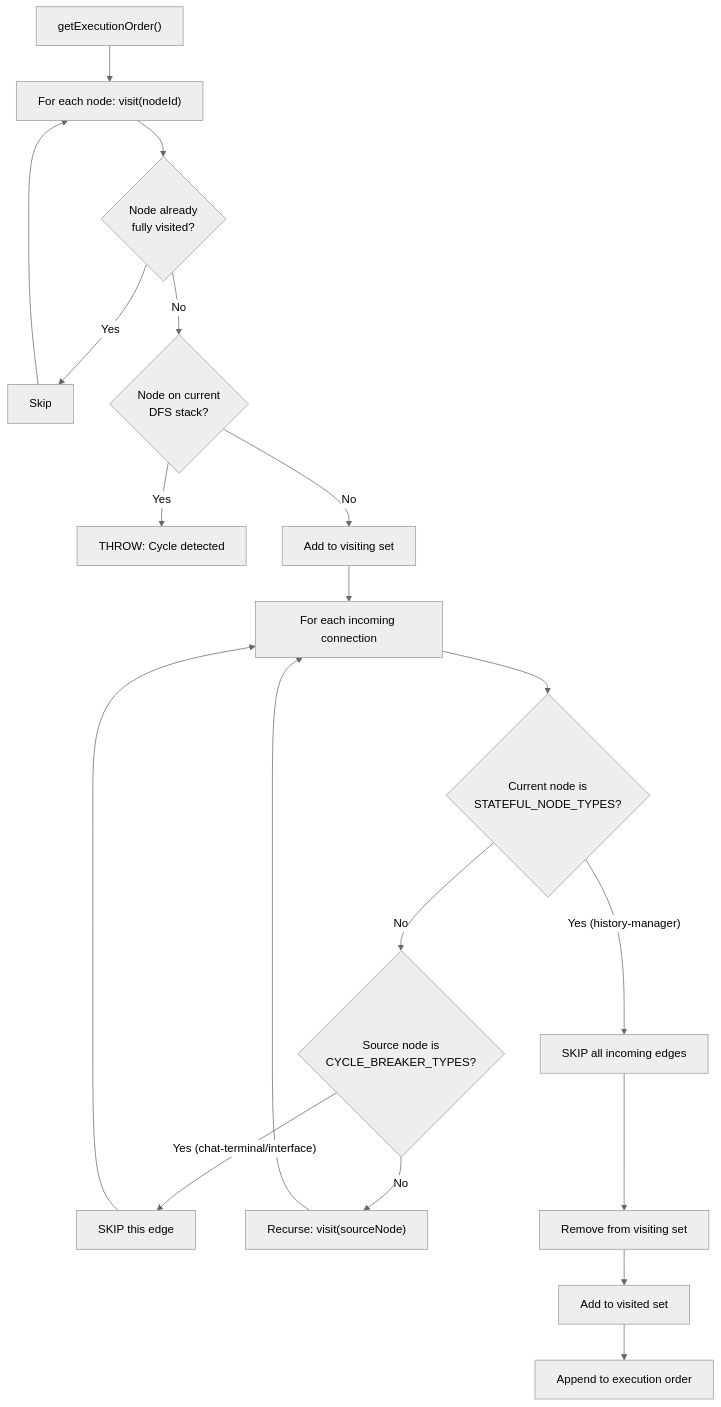
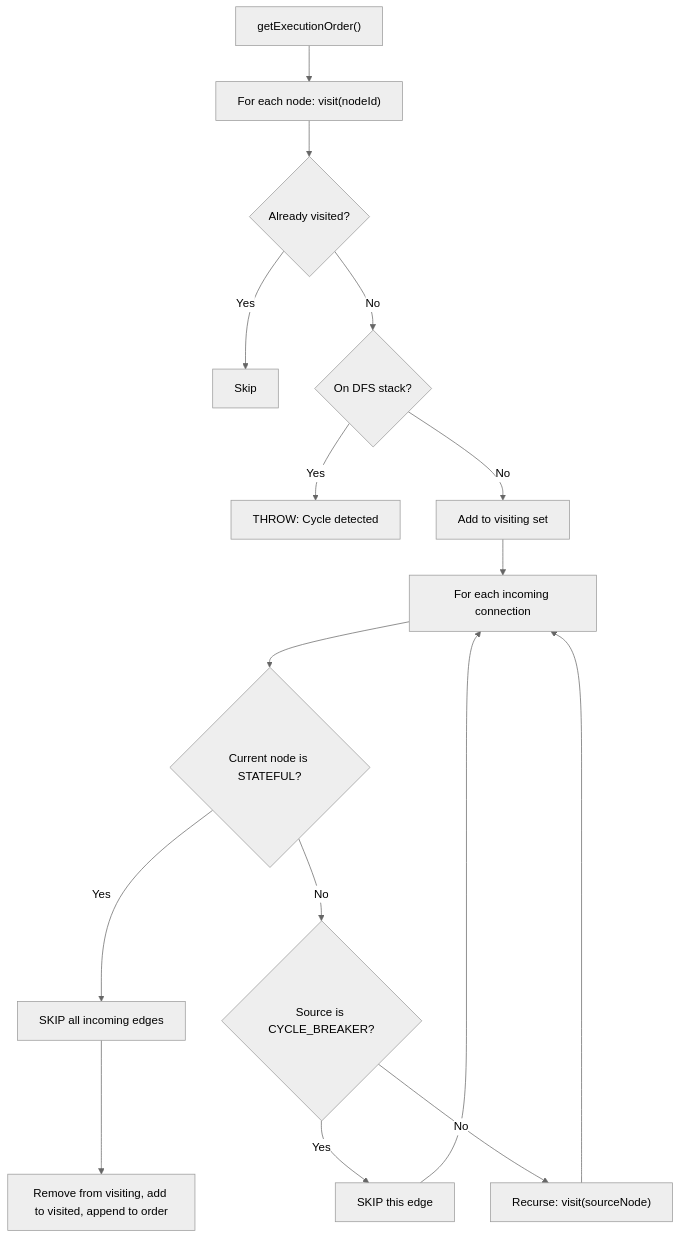
One commit to vksepm/ai-flow-visualizer-html changed the second of 3 diagrams in DOCUMENTATION.md. Above: the diagram before and after it, drawn with Mermaid (neutral theme). The commit also changed other lines of this file and 19 other files, not shown here.

````diff
--- a/DOCUMENTATION.md
+++ b/DOCUMENTATION.md
@@ -719,21 +519,18 @@
 ```mermaid
 flowchart TD
     A["getExecutionOrder()"] --> B["For each node: visit(nodeId)"]
-    B --> C{Node already<br/>fully visited?}
+    B --> C{Already visited?}
     C -->|Yes| D["Skip"]
-    C -->|No| E{Node on current<br/>DFS stack?}
+    C -->|No| E{On DFS stack?}
     E -->|Yes| F["THROW: Cycle detected"]
     E -->|No| G["Add to visiting set"]
     G --> H["For each incoming connection"]
-    H --> I{Current node is<br/>STATEFUL_NODE_TYPES?}
-    I -->|"Yes (history-manager)"| J["SKIP all incoming edges"]
-    I -->|No| K{Source node is<br/>CYCLE_BREAKER_TYPES?}
-    K -->|"Yes (chat-terminal/interface)"| L["SKIP this edge"]
+    H --> I{Current node is STATEFUL?}
+    I -->|Yes| J["SKIP all incoming edges"]
+    I -->|No| K{Source is CYCLE_BREAKER?}
+    K -->|Yes| L["SKIP this edge"]
     K -->|No| M["Recurse: visit(sourceNode)"]
+    J --> N["Remove from visiting, add to visited, append to order"]
+    L --> H
     M --> H
-    J --> N["Remove from visiting set"]
-    L --> H
-    D --> B
-    N --> O["Add to visited set"]
-    O --> P["Append to execution order"]
 ```
````
